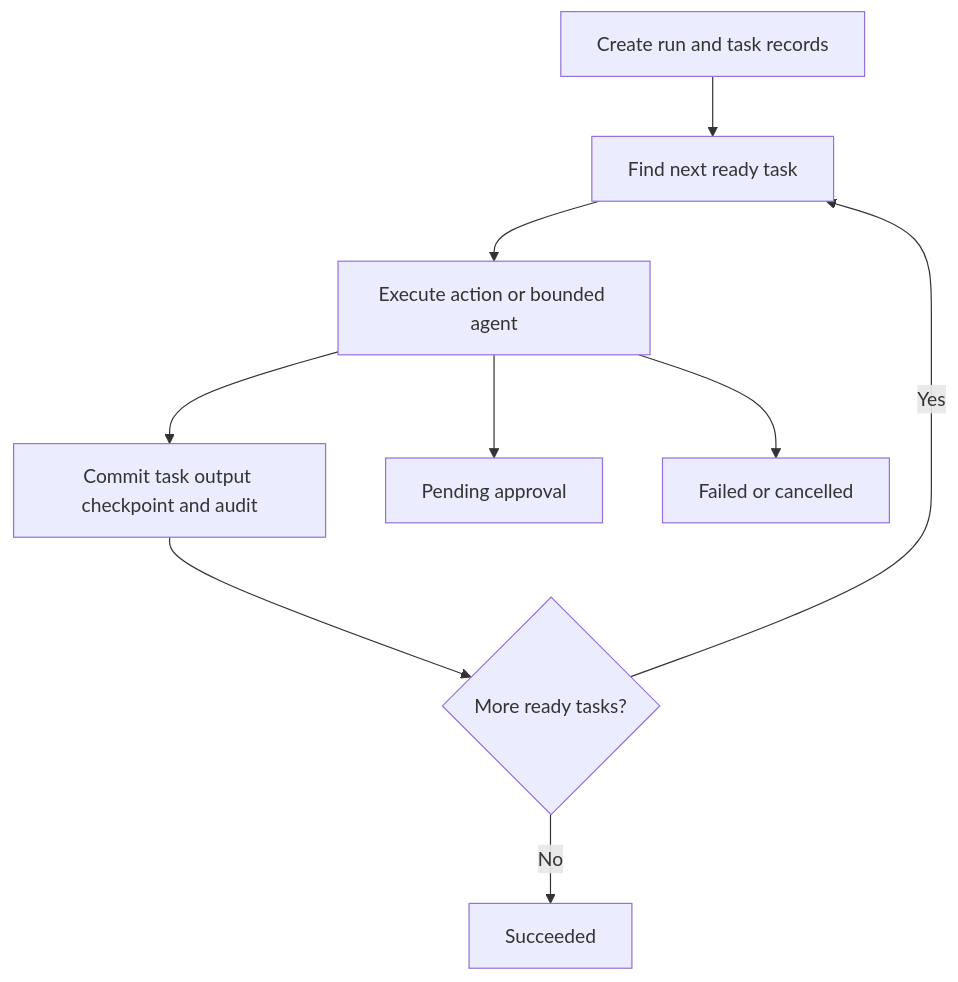
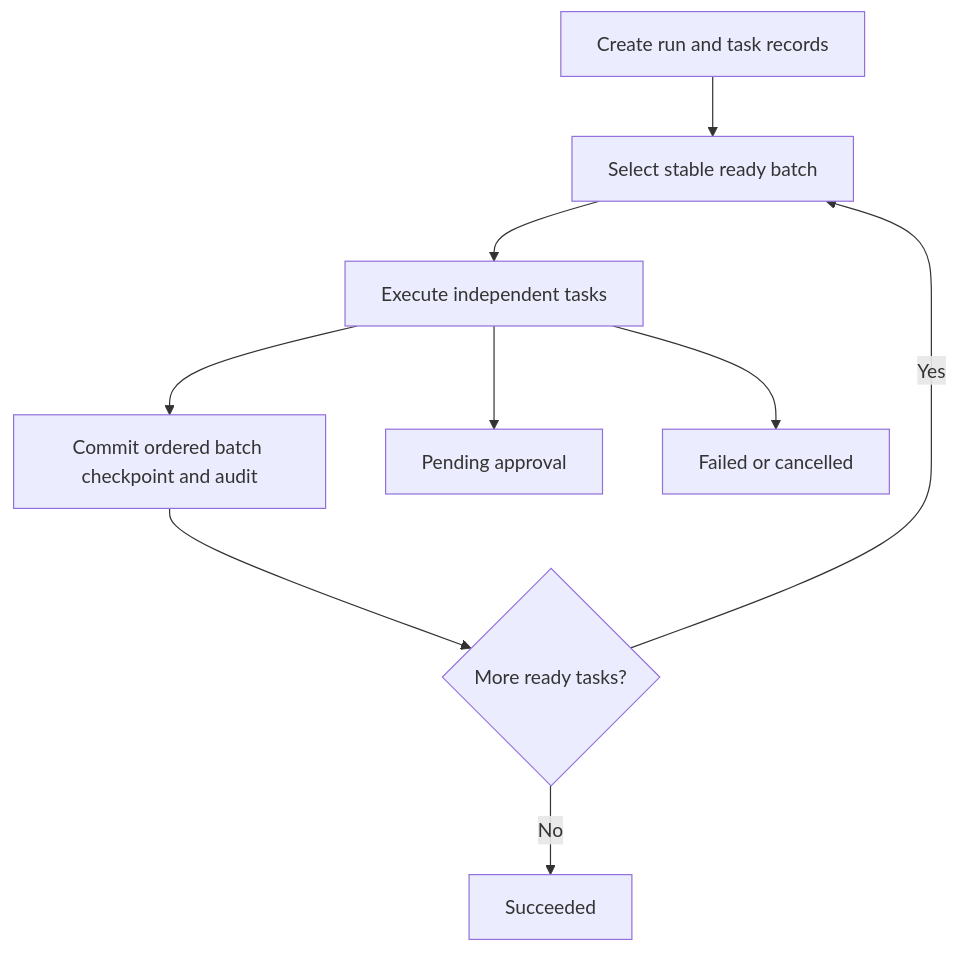
The third of 15 diagrams in docs/architecture/DIAGRAMS.md (opensourceops/agentctl), drawn with Mermaid before and after one commit. The commit also changed other lines of this file and 34 other files, not shown here.

````diff
--- a/docs/architecture/DIAGRAMS.md
+++ b/docs/architecture/DIAGRAMS.md
@@ -47,13 +47,13 @@
 ```mermaid
 flowchart TD
   accTitle: Run lifecycle
   accDescr: A run creates durable records, executes ready tasks, persists results, and reaches success, approval, failure, or cancellation.
-  Create[Create run and task records] --> Ready[Find next ready task]
-  Ready --> Execute[Execute action or bounded agent]
-  Execute --> Persist[Commit task output checkpoint and audit]
+  Create[Create run and task records] --> Ready[Select stable ready batch]
+  Ready --> Execute[Execute independent tasks]
+  Execute --> Persist[Commit ordered batch checkpoint and audit]
   Persist --> More{More ready tasks?}
   More -->|Yes| Ready
   More -->|No| Success[Succeeded]
   Execute --> Approval[Pending approval]
   Execute --> Failure[Failed or cancelled]
 ```
````
